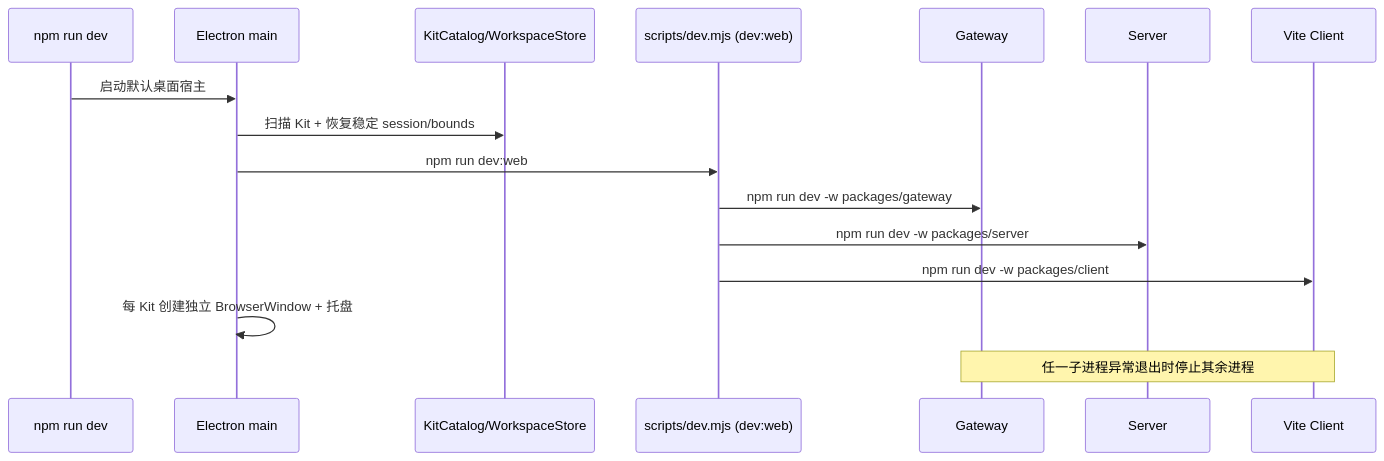
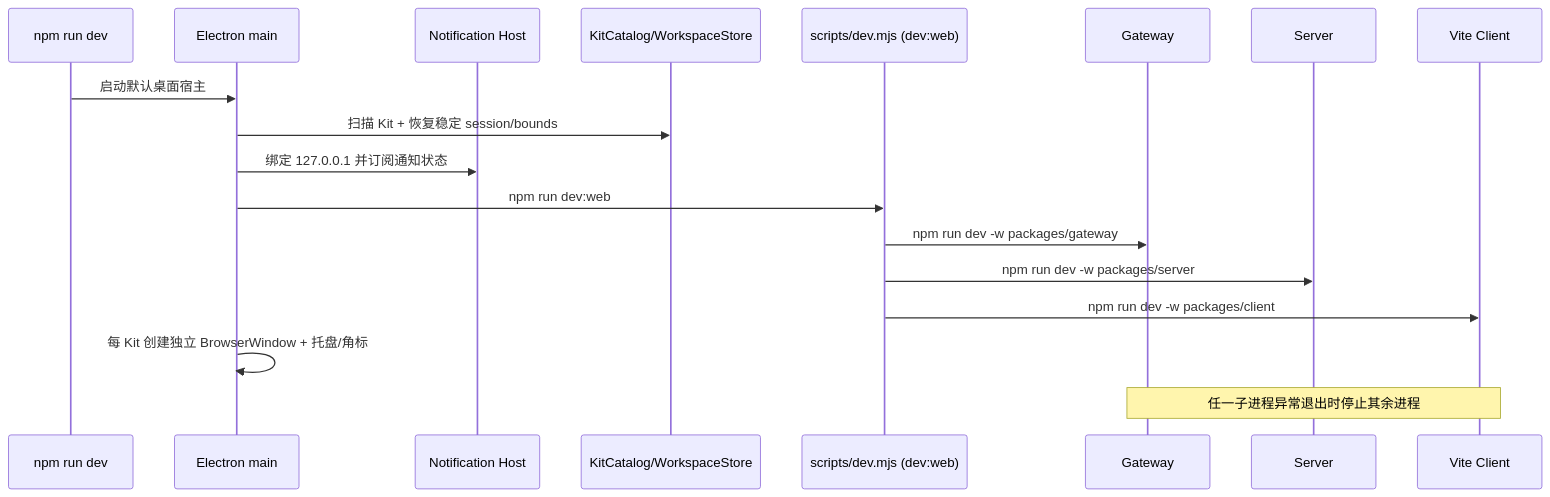
One commit to itharbors/harbors changed the first of 4 diagrams in docs/architecture/runtime-flows.md. Above: the diagram before and after it, drawn with Mermaid. The commit also changed other lines of this file and 3 other files, not shown here.

````diff
--- a/docs/architecture/runtime-flows.md
+++ b/docs/architecture/runtime-flows.md
@@ -8,18 +8,20 @@
 ```mermaid
 sequenceDiagram
     participant CLI as npm run dev
     participant E as Electron main
+    participant N as Notification Host
     participant K as KitCatalog/WorkspaceStore
     participant Web as scripts/dev.mjs (dev:web)
     participant G as Gateway
     participant S as Server
     participant C as Vite Client
     CLI->>E: 启动默认桌面宿主
     E->>K: 扫描 Kit + 恢复稳定 session/bounds
+    E->>N: 绑定 127.0.0.1 并订阅通知状态
     E->>Web: npm run dev:web
     Web->>G: npm run dev -w packages/gateway
     Web->>S: npm run dev -w packages/server
     Web->>C: npm run dev -w packages/client
-    E->>E: 每 Kit 创建独立 BrowserWindow + 托盘
+    E->>E: 每 Kit 创建独立 BrowserWindow + 托盘/角标
     Note over G,C: 任一子进程异常退出时停止其余进程
 ```
````
